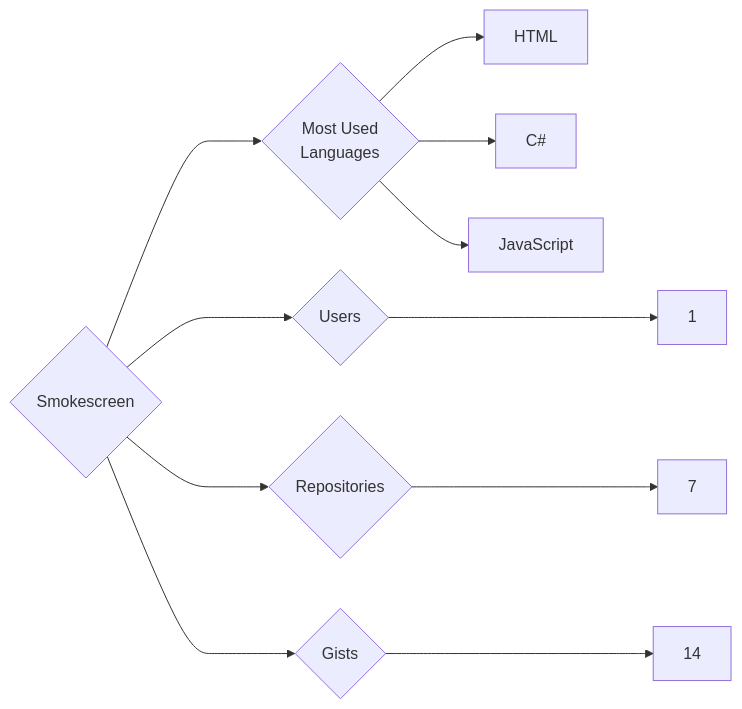
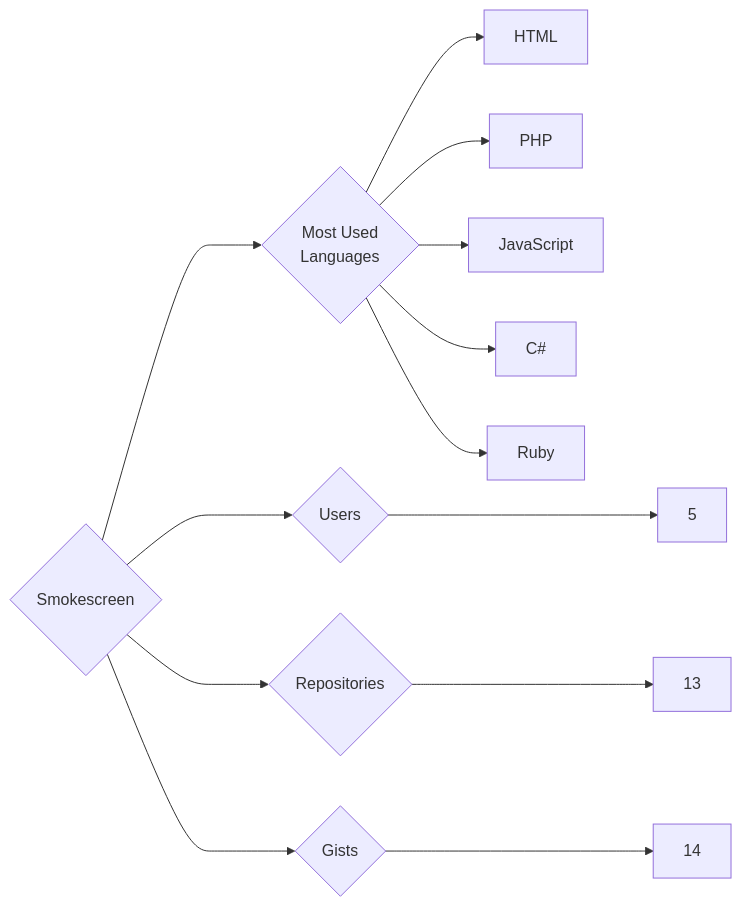
Before and after one commit to trickest/insiders: the diagram in targets/Smokescreen/README.md, drawn with Mermaid. The commit also changed 969 other files, not shown here.

````diff
--- a/targets/Smokescreen/README.md
+++ b/targets/Smokescreen/README.md
@@ -3,11 +3,13 @@
 ```mermaid
 graph LR
 COMPANY_NAME{Smokescreen}
-COMPANY_NAME ---> U{Users} ---> UN[1]
-COMPANY_NAME ---> R{Repositories} ---> RN[7]
+COMPANY_NAME ---> U{Users} ---> UN[5]
+COMPANY_NAME ---> R{Repositories} ---> RN[13]
 COMPANY_NAME ---> G{Gists} ---> GN[14]
 COMPANY_NAME ---> ML{Most Used<br>Languages}
 ML --> HTML[HTML]
+ML --> PHP[PHP]
+ML --> JavaScript[JavaScript]
 ML --> C#[C#]
-ML --> JavaScript[JavaScript]
+ML --> Ruby[Ruby]
 ```
````
